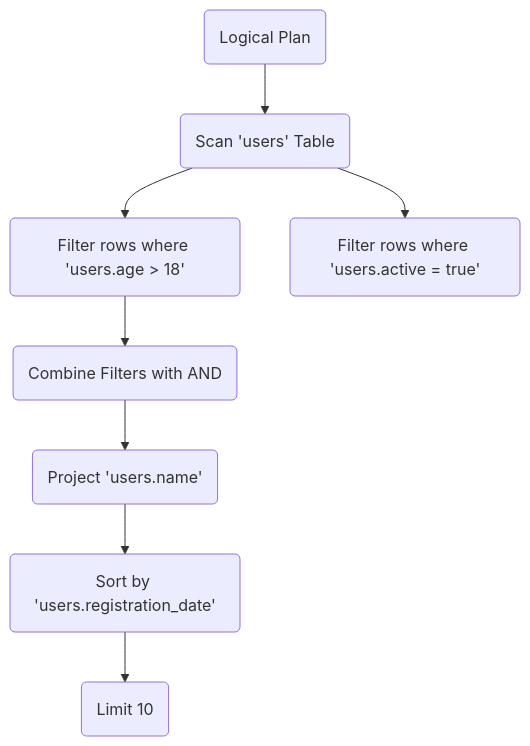
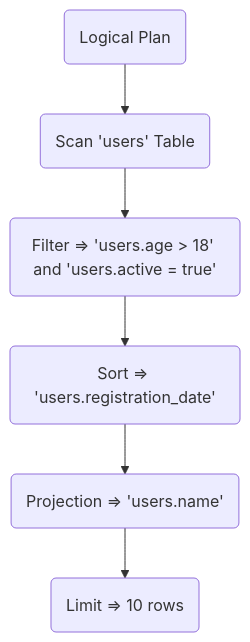
One commit to kcrimson/databases-ancient-engineers changed the third of 6 diagrams in src/main/slides/index.adoc. Above: the diagram before and after it, drawn with Mermaid. The commit also changed other lines of this file and 1 other file, not shown here.

Commit message:
diagram cleanup

```diff
--- a/src/main/slides/index.adoc
+++ b/src/main/slides/index.adoc
@@ -167,11 +190,9 @@
 [mermaid,height=800,theme=forest]
 ....
 flowchart TD
     A("Logical Plan") --> B("Scan 'users' Table")
-    B --> C("Filter rows where 'users.age > 18'")
-    B --> D("Filter rows where 'users.active = true'")
-    C --> E("Combine Filters with AND")
-    E --> F("Project 'users.name'")
-    F --> G("Sort by 'users.registration_date'")
-    G --> H("Limit 10")
+    B --> C("Filter => 'users.age > 18' and 'users.active = true'")
+    C --> D("Sort => 'users.registration_date'")
+    D --> F("Projection => 'users.name'")
+    F --> G("Limit => 10 rows")
 ....
```
